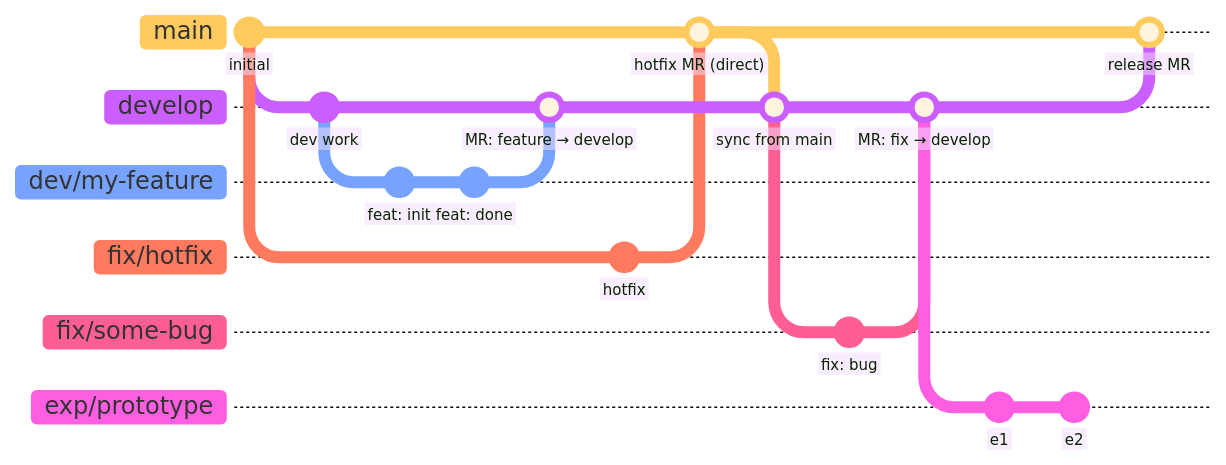
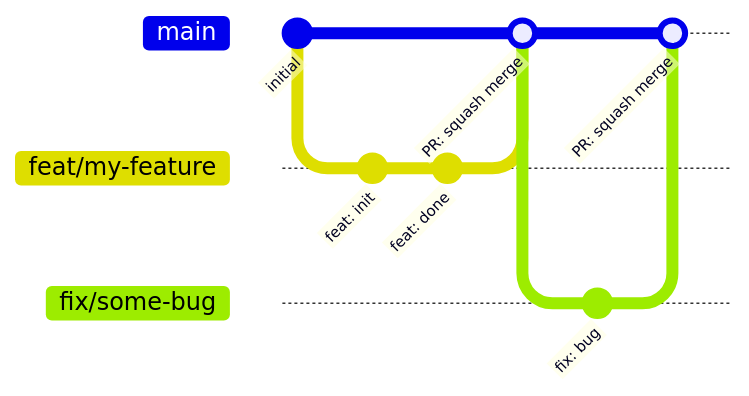
Before and after one commit to GEG-ETHZ/RAFT: the diagram in CONTRIBUTING.md, drawn with Mermaid. The commit also changed other lines of this file and 46 other files, not shown here.

````diff
--- a/CONTRIBUTING.md
+++ b/CONTRIBUTING.md
@@ -26,43 +19,15 @@
 ```mermaid
-%%{init: { 'logLevel': 'debug', 'theme': 'base',
-           'gitGraph': {'rotateCommitLabel': false} } }%%
 gitGraph LR:
    commit id: "initial"
-
-   branch develop
-   checkout develop
-   commit id: "dev work"
-
-   branch dev/my-feature
-   checkout dev/my-feature
+   branch feat/my-feature
+   checkout feat/my-feature
    commit id: "feat: init"
    commit id: "feat: done"
-
-   checkout develop
-   merge dev/my-feature id: "MR: feature → develop"
-
    checkout main
-   branch fix/hotfix
-   checkout fix/hotfix
-   commit id: "hotfix"
-   checkout main
-   merge fix/hotfix id: "hotfix MR (direct)"
-
-   checkout develop
-   merge main id: "sync from main"
-
-   checkout develop
+   merge feat/my-feature id: "PR: squash merge"
    branch fix/some-bug
    checkout fix/some-bug
    commit id: "fix: bug"
-   checkout develop
-   merge fix/some-bug id: "MR: fix → develop"
-
-   branch exp/prototype
-   checkout exp/prototype
-   commit id: "e1"
-   commit id: "e2"
-
    checkout main
-   merge develop id: "release MR"
+   merge fix/some-bug id: "PR: squash merge "
 ```
````
